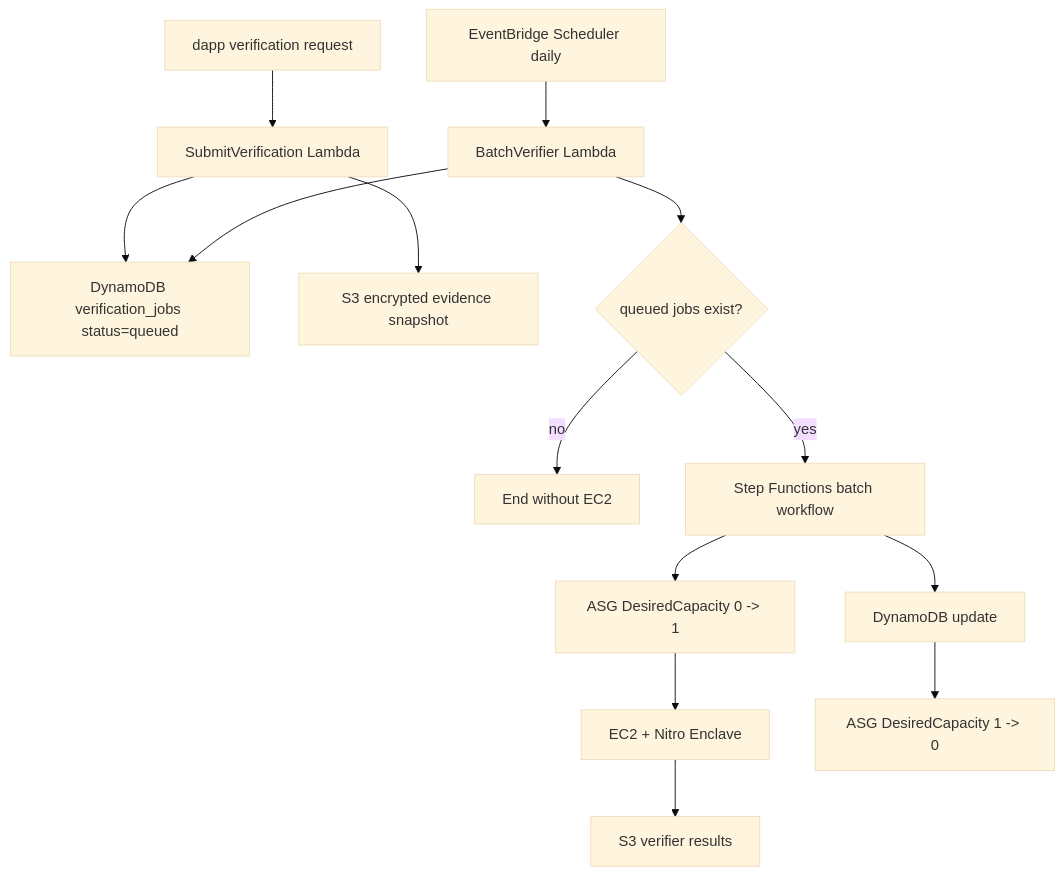
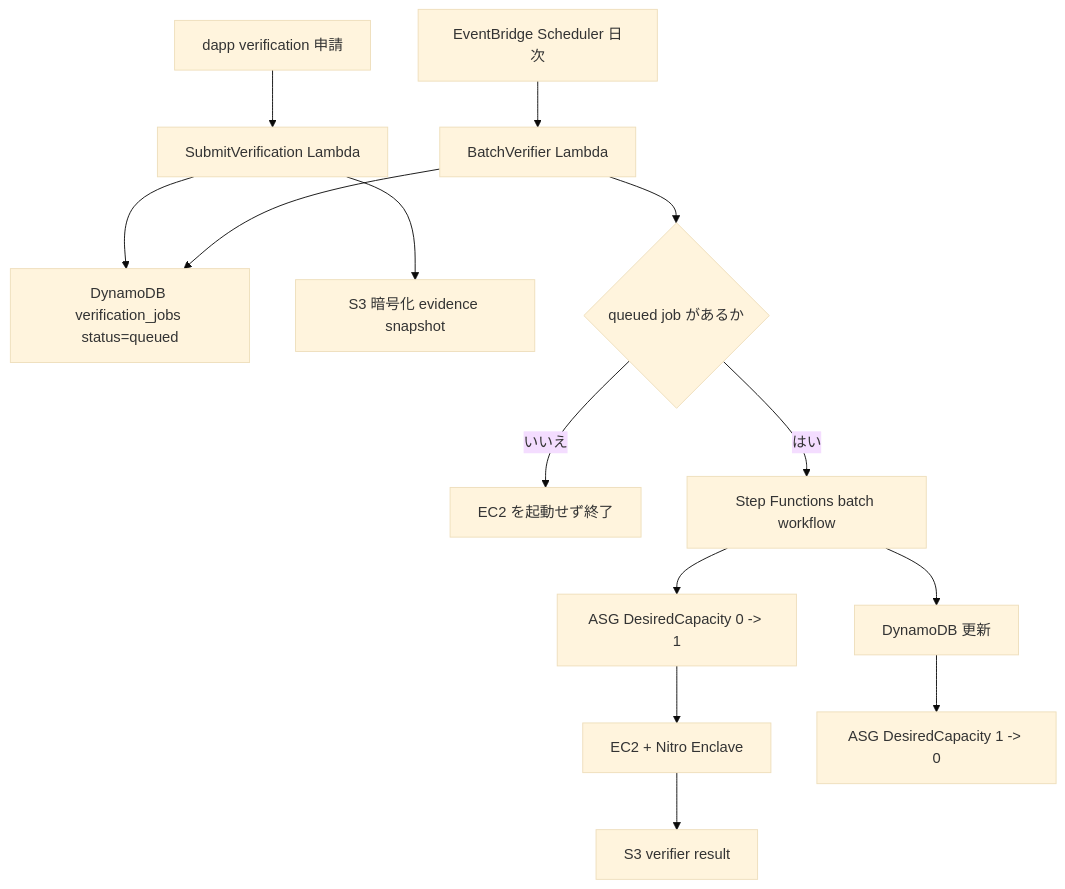
Before and after one commit to UnagiLabs/Sonari: the diagram in nautilus/verifiers/membership/README.md, drawn with Mermaid (base theme). The commit also changed other lines of this file and 16 other files, not shown here.

````diff
--- a/nautilus/verifiers/membership/README.md
+++ b/nautilus/verifiers/membership/README.md
@@ -30,16 +30,16 @@
 ```mermaid
 flowchart TD
-  Dapp[dapp verification request] --> Submit[SubmitVerification Lambda]
+  Dapp[dapp verification 申請] --> Submit[SubmitVerification Lambda]
   Submit --> Jobs[DynamoDB verification_jobs status=queued]
-  Submit --> Evidence[S3 encrypted evidence snapshot]
-  Scheduler[EventBridge Scheduler daily] --> Batch[BatchVerifier Lambda]
+  Submit --> Evidence[S3 暗号化 evidence snapshot]
+  Scheduler[EventBridge Scheduler 日次] --> Batch[BatchVerifier Lambda]
   Batch --> Jobs
-  Batch --> Empty{queued jobs exist?}
-  Empty -->|no| End[End without EC2]
-  Empty -->|yes| Workflow[Step Functions batch workflow]
+  Batch --> Empty{queued job があるか}
+  Empty -->|いいえ| End[EC2 を起動せず終了]
+  Empty -->|はい| Workflow[Step Functions batch workflow]
   Workflow --> ASG[ASG DesiredCapacity 0 -> 1]
   ASG --> EC2[EC2 + Nitro Enclave]
-  EC2 --> Result[S3 verifier results]
-  Workflow --> Apply[DynamoDB update]
+  EC2 --> Result[S3 verifier result]
+  Workflow --> Apply[DynamoDB 更新]
   Apply --> Stop[ASG DesiredCapacity 1 -> 0]
 ```
````
